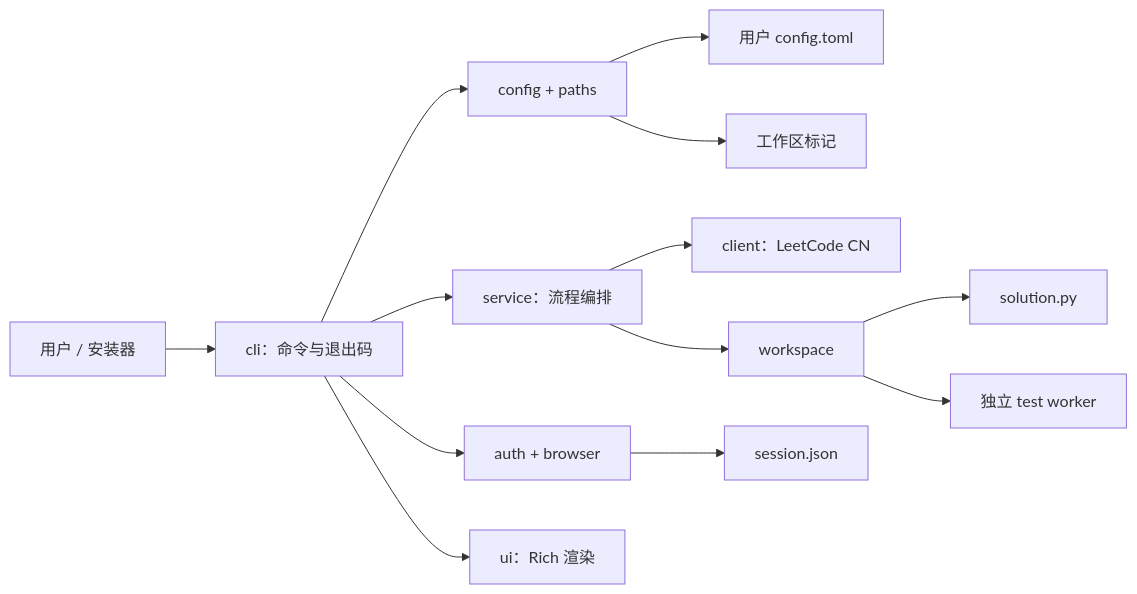
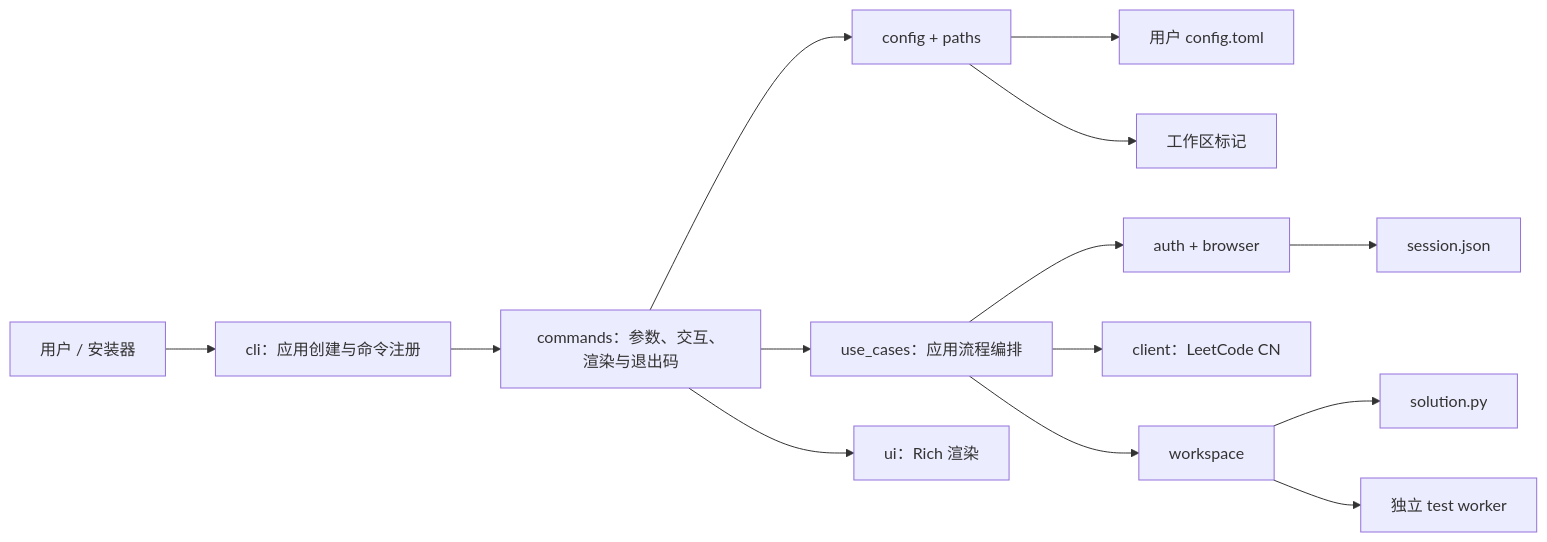
The diagram in docs/ARCHITECTURE.md (Aetherialter/leetcode-cn-local-cli), drawn with Mermaid before and after one commit. The commit also changed other lines of this file and 23 other files, not shown here.

Commit message:
refactor: separate CLI adapters and use cases

````diff
--- a/docs/ARCHITECTURE.md
+++ b/docs/ARCHITECTURE.md
@@ -11,15 +11,16 @@
 ```mermaid
 flowchart LR
-    U["用户 / 安装器"] --> CLI["cli：命令与退出码"]
-    CLI --> CFG["config + paths"]
+    U["用户 / 安装器"] --> CLI["cli：应用创建与命令注册"]
+    CLI --> CMD["commands：参数、交互、渲染与退出码"]
+    CMD --> CFG["config + paths"]
     CFG --> UC["用户 config.toml"]
     CFG --> WC["工作区标记"]
-    CLI --> SVC["service：流程编排"]
-    CLI --> AUTH["auth + browser"]
-    SVC --> CLIENT["client：LeetCode CN"]
-    SVC --> WS["workspace"]
+    CMD --> APP["use_cases：应用流程编排"]
+    CMD --> UI["ui：Rich 渲染"]
+    APP --> AUTH["auth + browser"]
+    APP --> CLIENT["client：LeetCode CN"]
+    APP --> WS["workspace"]
     WS --> SOL["solution.py"]
     WS --> RUN["独立 test worker"]
     AUTH --> SESSION["session.json"]
-    CLI --> UI["ui：Rich 渲染"]
 ```
````
